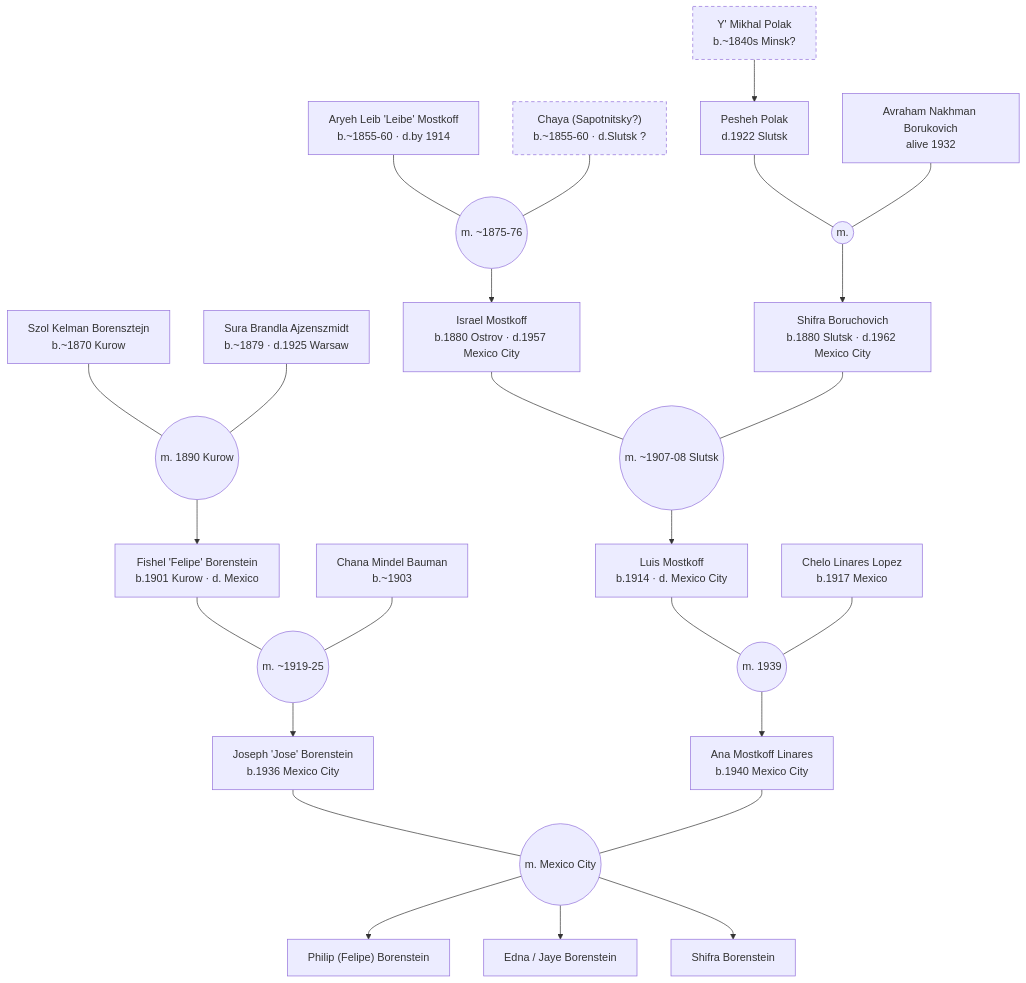
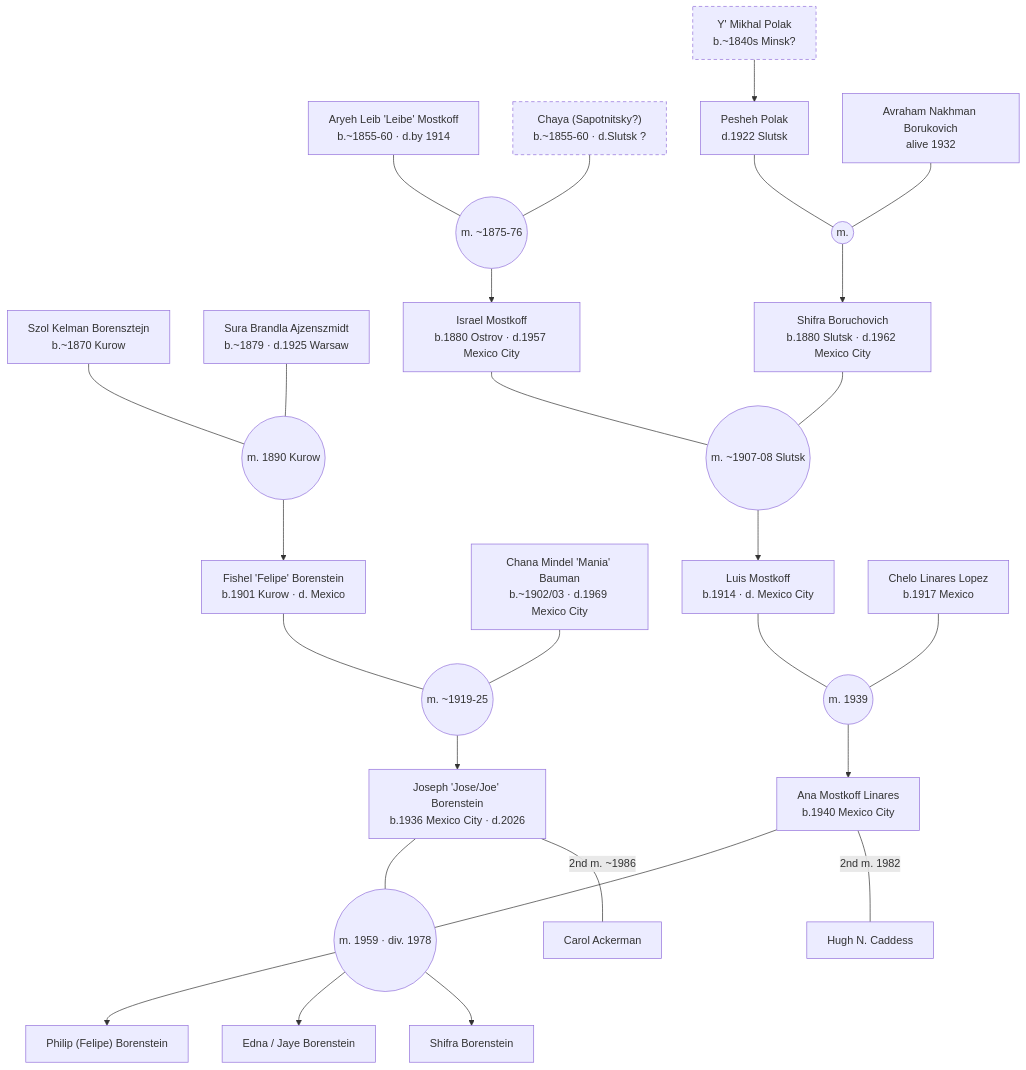
The first of 5 diagrams in data/family-tree.md (pborenstein/geneaology), drawn with Mermaid before and after one commit. The commit also changed other lines of this file and 3 other files, not shown here.

First line of the commit message:
feat(data): CF-30 resolved — Mania = Chana Mindel Bauman (A15 merged into A06); José d. Mar 2026, div. 1978, m. 2) Carol Ackerman

````diff
--- a/data/family-tree.md
+++ b/data/family-tree.md
@@ -15,36 +15,38 @@
 ```mermaid
 graph TD
     A01["Szol Kelman Borensztejn<br/>b.~1870 Kurow"] --- MA0102(("m. 1890 Kurow"))
     A02["Sura Brandla Ajzenszmidt<br/>b.~1879 · d.1925 Warsaw"] --- MA0102
     MA0102 --> A05["Fishel 'Felipe' Borenstein<br/>b.1901 Kurow · d. Mexico"]
 
-    A05 --- MA0515(("m. ~1919-25"))
-    A15["Chana Mindel Bauman<br/>b.~1903"] --- MA0515
-    MA0515 --> A18["Joseph 'Jose' Borenstein<br/>b.1936 Mexico City"]
+    A05 --- MA0506(("m. ~1919-25"))
+    A06["Chana Mindel 'Mania' Bauman<br/>b.~1902/03 · d.1969 Mexico City"] --- MA0506
+    MA0506 --> A18["Joseph 'Jose/Joe' Borenstein<br/>b.1936 Mexico City · d.2026"]
 
     B01["Aryeh Leib 'Leibe' Mostkoff<br/>b.~1855-60 · d.by 1914"] --- MB0102(("m. ~1875-76"))
     B02["Chaya (Sapotnitsky?)<br/>b.~1855-60 · d.Slutsk ?"] --- MB0102
     MB0102 --> B04["Israel Mostkoff<br/>b.1880 Ostrov · d.1957 Mexico City"]
 
     C01["Y' Mikhal Polak<br/>b.~1840s Minsk?"] --> C02["Pesheh Polak<br/>d.1922 Slutsk"]
     C02 --- MC0203(("m."))
     C03["Avraham Nakhman Borukovich<br/>alive 1932"] --- MC0203
     MC0203 --> C06["Shifra Boruchovich<br/>b.1880 Slutsk · d.1962 Mexico City"]
 
     B04 --- MB0406(("m. ~1907-08 Slutsk"))
     C06 --- MB0406
     MB0406 --> B12["Luis Mostkoff<br/>b.1914 · d. Mexico City"]
 
     B12 --- MB1215(("m. 1939"))
     B15["Chelo Linares Lopez<br/>b.1917 Mexico"] --- MB1215
     MB1215 --> B17["Ana Mostkoff Linares<br/>b.1940 Mexico City"]
 
-    A18 --- MA1817(("m. Mexico City"))
+    A18 --- MA1817(("m. 1959 · div. 1978"))
     B17 --- MA1817
     MA1817 --> PHILIP["Philip (Felipe) Borenstein"]
     MA1817 --> EDNA["Edna / Jaye Borenstein"]
     MA1817 --> SHIFRA["Shifra Borenstein"]
+    B17 ---|"2nd m. 1982"| CADDESS["Hugh N. Caddess"]
+    A18 ---|"2nd m. ~1986"| ACKERMAN["Carol Ackerman"]
 
     style B02 stroke-dasharray:5 4
     style C01 stroke-dasharray:5 4
 ```
````
